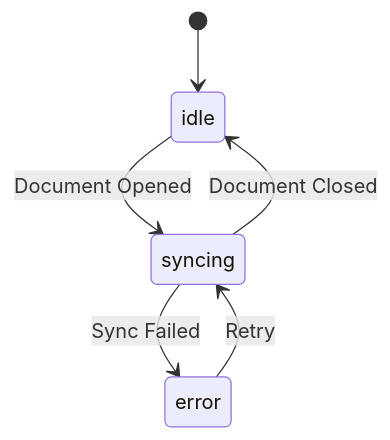
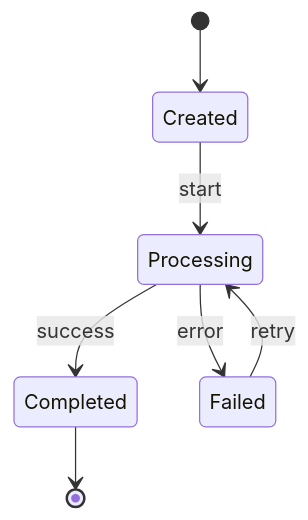
One commit to kivo360/OmoiOS changed the diagram in .claude/skills/spec-driven-dev/SKILL.md. Above: the diagram before and after it, drawn with Mermaid. The commit also changed other lines of this file and 10 other files, not shown here.

````diff
--- a/.claude/skills/spec-driven-dev/SKILL.md
+++ b/.claude/skills/spec-driven-dev/SKILL.md
@@ -465,8 +472,9 @@
 ```mermaid
 stateDiagram-v2
-    [*] --> idle
-    idle --> syncing : Document Opened
-    syncing --> idle : Document Closed
-    syncing --> error : Sync Failed
-    error --> syncing : Retry
+    [*] --> Created
+    Created --> Processing : start
+    Processing --> Completed : success
+    Processing --> Failed : error
+    Failed --> Processing : retry
+    Completed --> [*]
 ```
````
